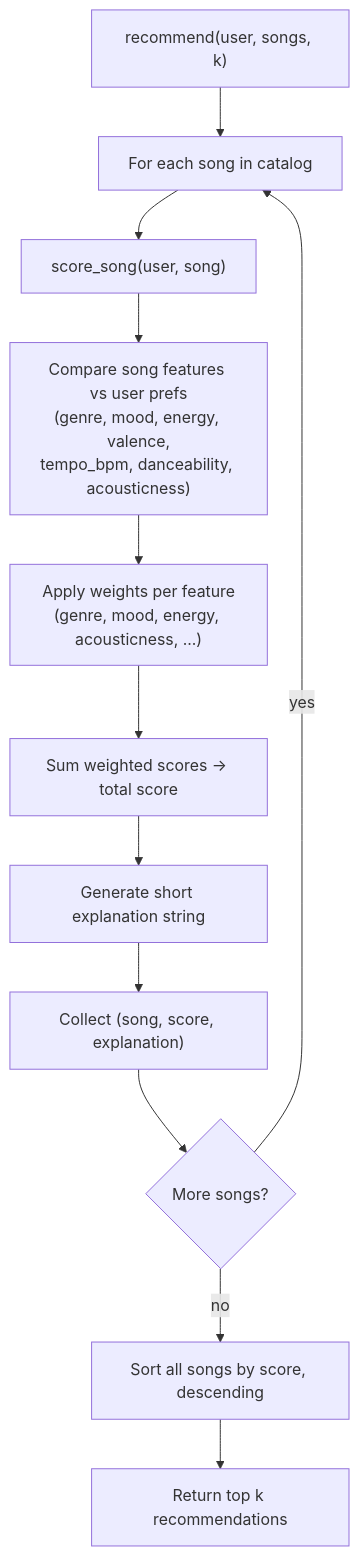
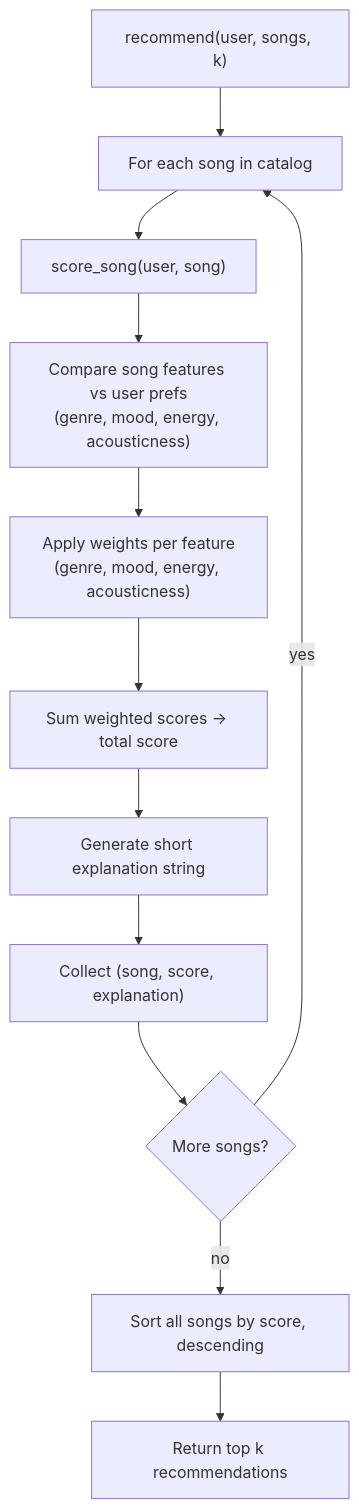
One commit to margaret-hu/ai110-module3show-musicrecommendersimulation-starter changed the second of 2 diagrams in README.md. Above: the diagram before and after it, drawn with Mermaid. The commit also changed other lines of this file, not shown here.

````diff
--- a/README.md
+++ b/README.md
@@ -78,14 +79,14 @@
 ```mermaid
 flowchart TD
     A["recommend(user, songs, k)"] --> B["For each song in catalog"]
     B --> C["score_song(user, song)"]
-    C --> D["Compare song features vs user prefs\n(genre, mood, energy, valence,\ntempo_bpm, danceability, acousticness)"]
-    D --> E["Apply weights per feature\n(genre, mood, energy, acousticness, ...)"]
+    C --> D["Compare song features vs user prefs\n(genre, mood, energy, acousticness)"]
+    D --> E["Apply weights per feature\n(genre, mood, energy, acousticness)"]
     E --> F["Sum weighted scores → total score"]
     F --> G["Generate short explanation string"]
     G --> H["Collect (song, score, explanation)"]
     H --> I{"More songs?"}
     I -- yes --> B
     I -- no --> J["Sort all songs by score, descending"]
     J --> K["Return top k recommendations"]
 ```
````
